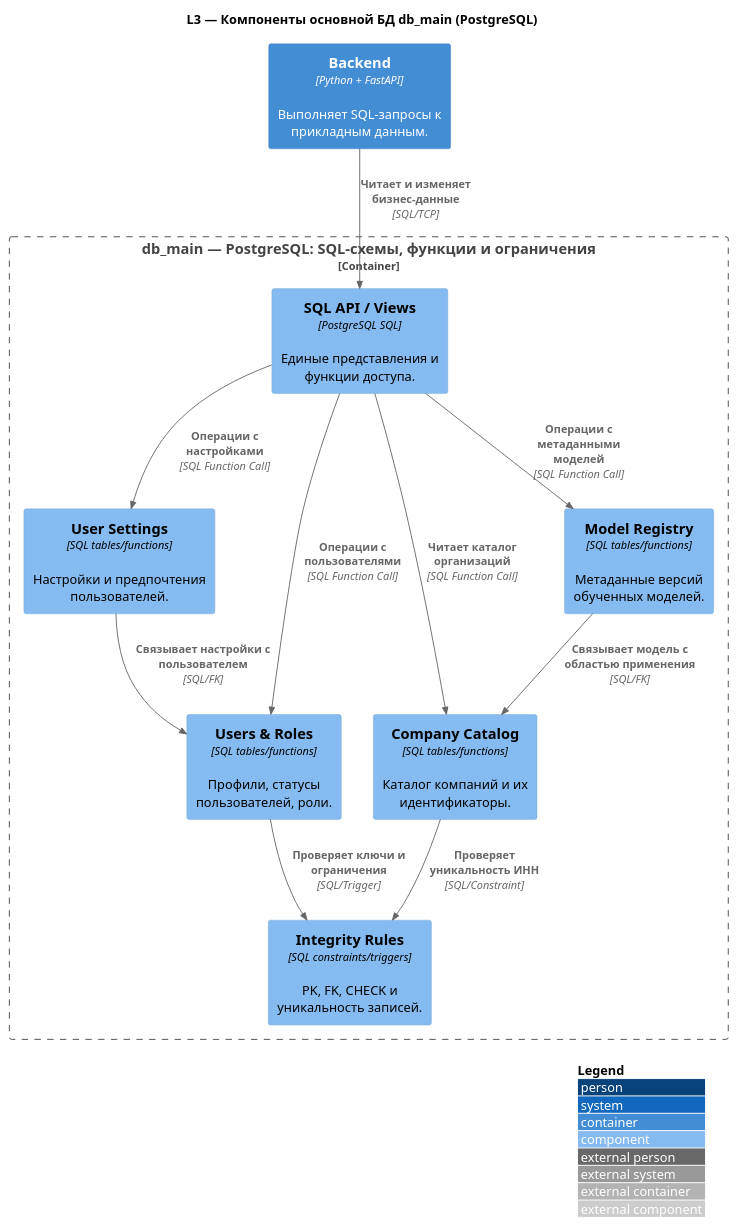
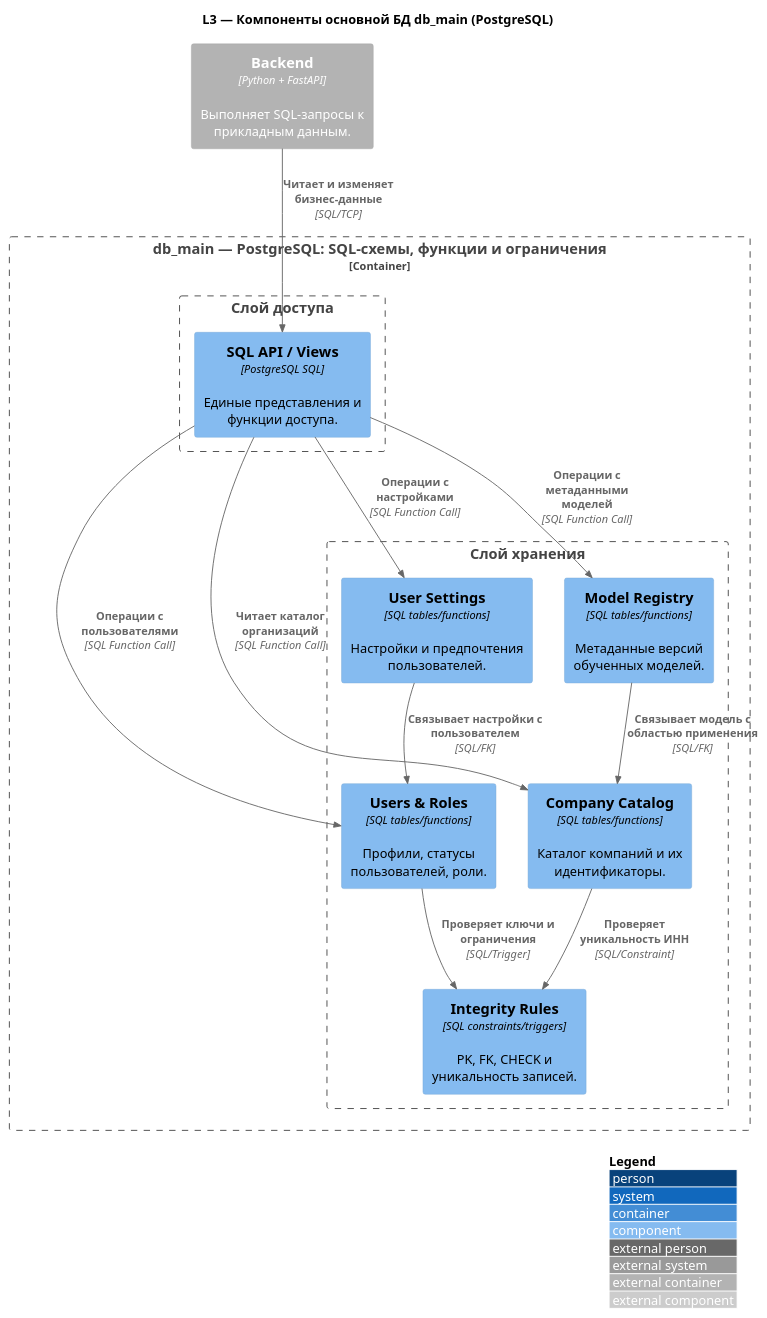
The diagram in src/l3-components/igor-db-main-components.puml (Jjots/finance-forecast-app), drawn with PlantUML before and after one commit. The commit also changed 11 other files, not shown here.

Commit message:
fix: correct Ext containers, includes and update glossary for L3

```diff
--- a/src/l3-components/igor-db-main-components.puml
+++ b/src/l3-components/igor-db-main-components.puml
@@ -1,28 +1,34 @@
 @startuml "Finance Forecast - Igor L3 PostgreSQL"
 !include https://raw.githubusercontent.com/plantuml-stdlib/C4-PlantUML/master/C4_Component.puml
 
 LAYOUT_WITH_LEGEND()
 title L3 — Компоненты основной БД db_main (PostgreSQL)
 
-Container(backend, "Backend", "Python + FastAPI", "Выполняет SQL-запросы к прикладным данным.")
+Container_Ext(backend, "Backend", "Python + FastAPI", "Выполняет SQL-запросы к прикладным данным.")
 
-' Внутренние ID ниже — предложение; необходимо согласовать по docs/glossary.md ДО PR.
 Container_Boundary(db_main, "db_main — PostgreSQL: SQL-схемы, функции и ограничения") {
-    Component(db_access_comp, "SQL API / Views", "PostgreSQL SQL", "Единые представления и функции доступа.")
-    Component(db_users_comp, "Users & Roles", "SQL tables/functions", "Профили, статусы пользователей, роли.")
-    Component(db_companies_comp, "Company Catalog", "SQL tables/functions", "Каталог компаний и их идентификаторы.")
-    Component(db_settings_comp, "User Settings", "SQL tables/functions", "Настройки и предпочтения пользователей.")
-    Component(db_models_comp, "Model Registry", "SQL tables/functions", "Метаданные версий обученных моделей.")
-    Component(db_integrity_comp, "Integrity Rules", "SQL constraints/triggers", "PK, FK, CHECK и уникальность записей.")
+
+    Boundary(access_layer, "Слой доступа") {
+        Component(db_access_comp, "SQL API / Views", "PostgreSQL SQL", "Единые представления и функции доступа.")
+    }
+
+    Boundary(storage_layer, "Слой хранения") {
+        Component(db_users_comp, "Users & Roles", "SQL tables/functions", "Профили, статусы пользователей, роли.")
+        Component(db_companies_comp, "Company Catalog", "SQL tables/functions", "Каталог компаний и их идентификаторы.")
+        Component(db_settings_comp, "User Settings", "SQL tables/functions", "Настройки и предпочтения пользователей.")
+        Component(db_models_comp, "Model Registry", "SQL tables/functions", "Метаданные версий обученных моделей.")
+        Component(db_integrity_comp, "Integrity Rules", "SQL constraints/triggers", "PK, FK, CHECK и уникальность записей.")
+    }
 }
 
 Rel(backend, db_access_comp, "Читает и изменяет бизнес-данные", "SQL/TCP")
 Rel(db_access_comp, db_users_comp, "Операции с пользователями", "SQL Function Call")
 Rel(db_access_comp, db_companies_comp, "Читает каталог организаций", "SQL Function Call")
 Rel(db_access_comp, db_settings_comp, "Операции с настройками", "SQL Function Call")
 Rel(db_access_comp, db_models_comp, "Операции с метаданными моделей", "SQL Function Call")
 Rel(db_users_comp, db_integrity_comp, "Проверяет ключи и ограничения", "SQL/Trigger")
 Rel(db_companies_comp, db_integrity_comp, "Проверяет уникальность ИНН", "SQL/Constraint")
 Rel(db_settings_comp, db_users_comp, "Связывает настройки с пользователем", "SQL/FK")
 Rel(db_models_comp, db_companies_comp, "Связывает модель с областью применения", "SQL/FK")
+
 @enduml
```
